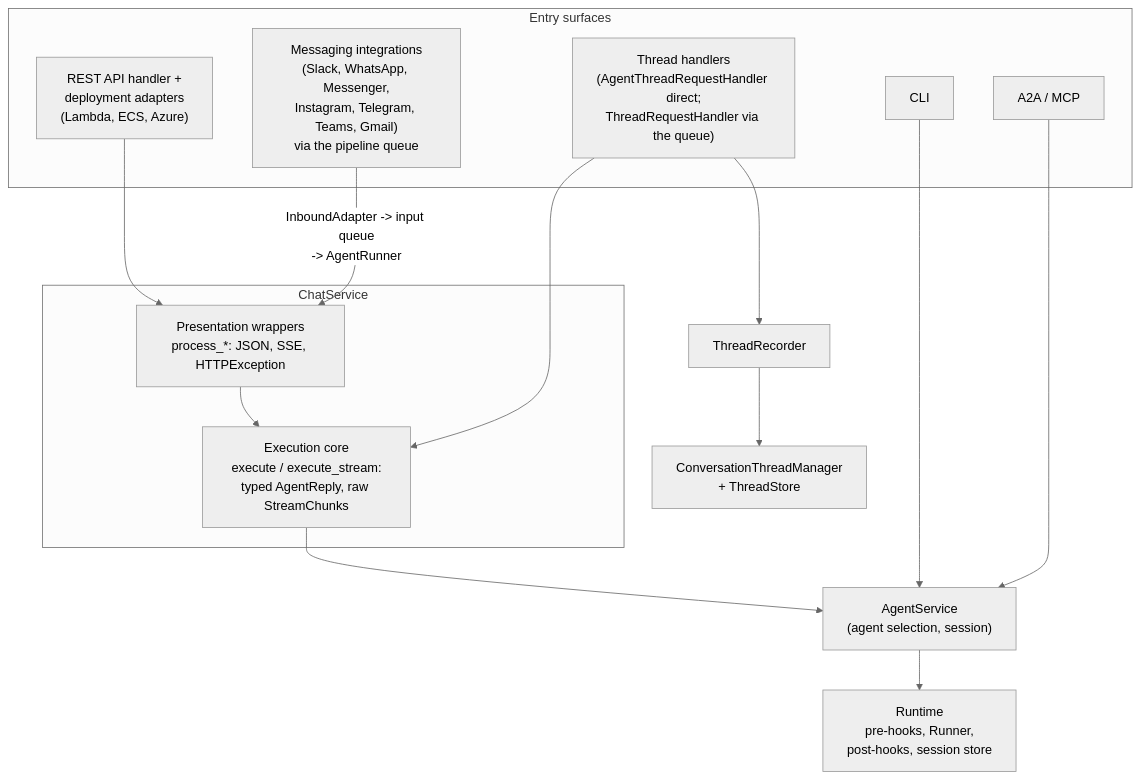
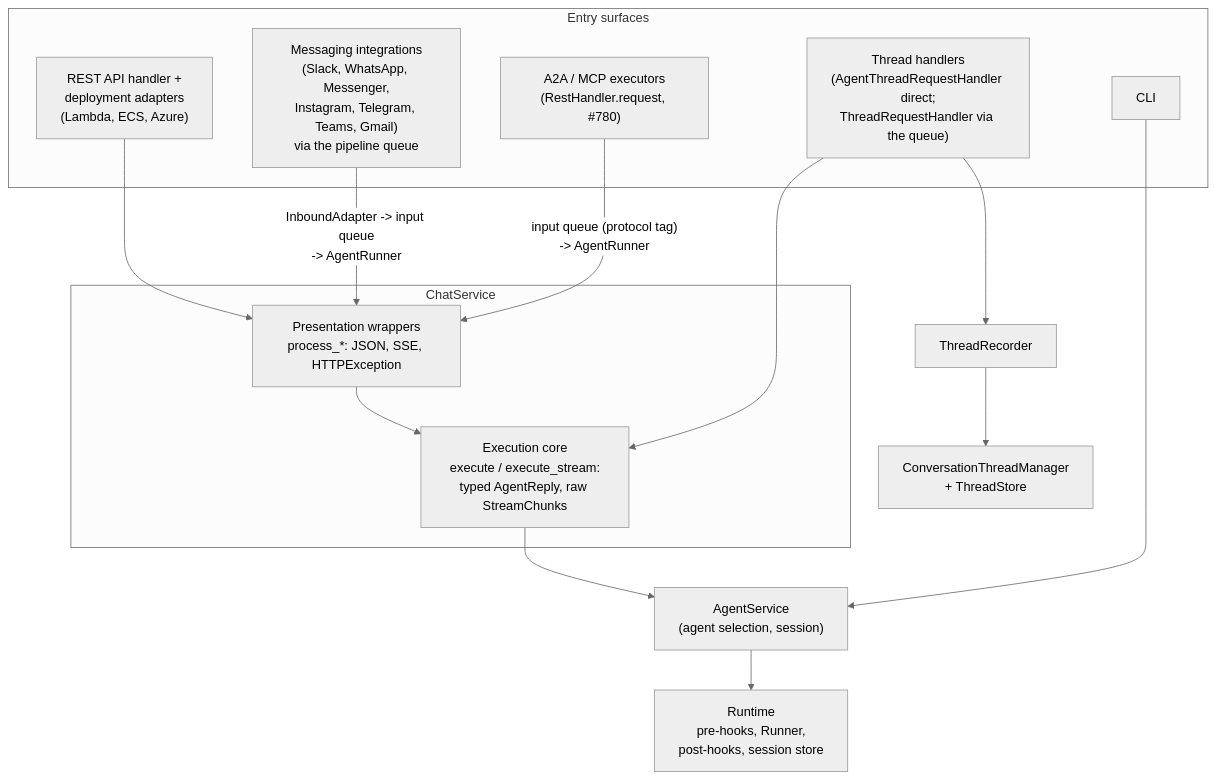
The diagram in .agents/skills/ak-dev-architecture/SKILL.md (yaalalabs/agent-kernel), drawn with Mermaid (neutral theme) before and after one commit. The commit also changed other lines of this file and 47 other files, not shown here.

First line of the commit message:
feat: implement queue pipeline for A2A and MCP requests (#829)

````diff
--- a/.agents/skills/ak-dev-architecture/SKILL.md
+++ b/.agents/skills/ak-dev-architecture/SKILL.md
@@ -207,29 +207,29 @@
 ```mermaid
 graph TD
     subgraph Entry["Entry surfaces"]
         REST["REST API handler +<br/>deployment adapters<br/>(Lambda, ECS, Azure)"]
         TH["Thread handlers<br/>(AgentThreadRequestHandler direct;<br/>ThreadRequestHandler via the queue)"]
         MSG["Messaging integrations<br/>(Slack, WhatsApp, Messenger,<br/>Instagram, Telegram, Teams, Gmail)<br/>via the pipeline queue"]
         CLI["CLI"]
-        PROTO["A2A / MCP"]
+        PROTO["A2A / MCP executors<br/>(RestHandler.request, #780)"]
     end
 
     subgraph CS["ChatService"]
         PRES["Presentation wrappers<br/>process_*: JSON, SSE, HTTPException"]
         CORE["Execution core<br/>execute / execute_stream:<br/>typed AgentReply, raw StreamChunks"]
     end
 
     REC["ThreadRecorder"]
     CTM["ConversationThreadManager<br/>+ ThreadStore"]
     AS["AgentService<br/>(agent selection, session)"]
     RT["Runtime<br/>pre-hooks, Runner,<br/>post-hooks, session store"]
 
     REST --> PRES --> CORE
     TH --> REC --> CTM
     TH --> CORE
     MSG -->|"InboundAdapter -> input queue<br/>-> AgentRunner"| PRES
+    PROTO -->|"input queue (protocol tag)<br/>-> AgentRunner"| PRES
     CORE --> AS
     CLI --> AS
-    PROTO --> AS
     AS --> RT
 ```
````
